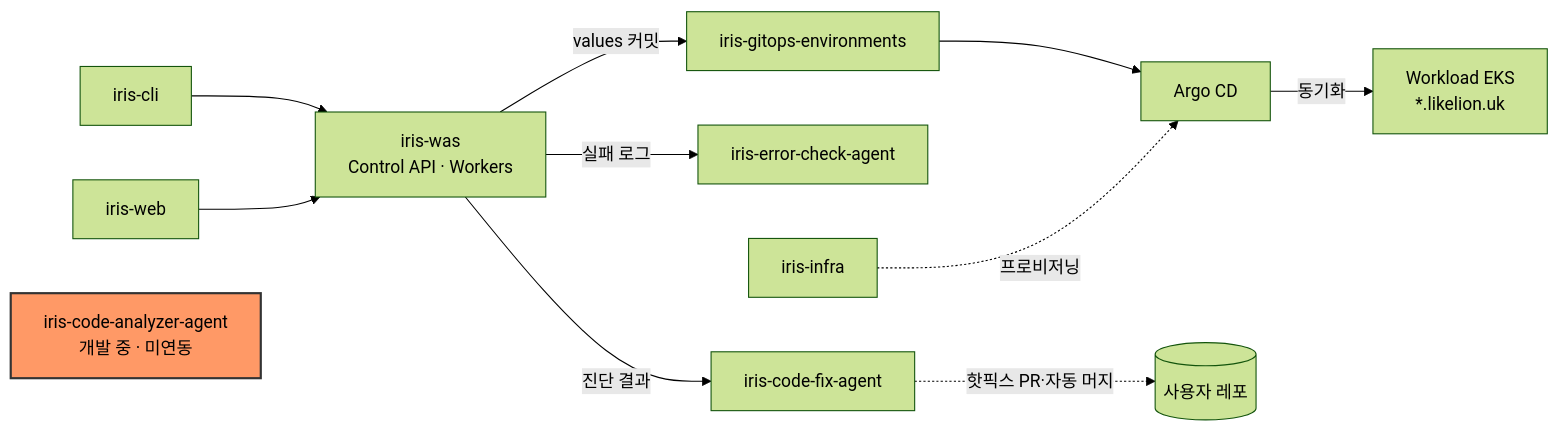
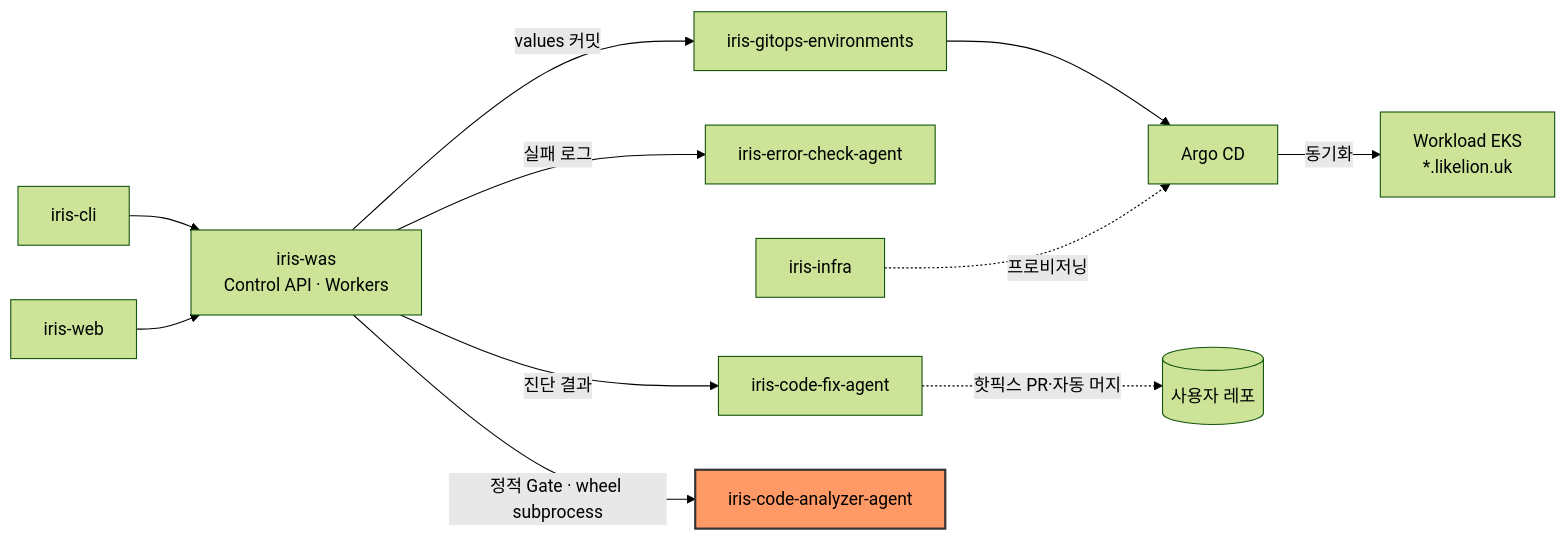
One commit to 2026-softbank-1/iris-code-analyzer-agent changed the first of 2 diagrams in README.md. Above: the diagram before and after it, drawn with Mermaid (forest theme). The commit also changed other lines of this file and 28 other files, not shown here.

````diff
--- a/README.md
+++ b/README.md
@@ -16,13 +15,13 @@
 ```mermaid
 flowchart LR
   CLI[iris-cli] --> WAS
   WEB[iris-web] --> WAS
   WAS[iris-was<br/>Control API · Workers] -->|values 커밋| GITOPS[iris-gitops-environments]
   GITOPS --> ARGO[Argo CD] -->|동기화| WL[Workload EKS<br/>*.likelion.uk]
   WAS -->|실패 로그| ERR[iris-error-check-agent]
   WAS -->|진단 결과| FIX[iris-code-fix-agent]
   FIX -.핫픽스 PR·자동 머지.-> REPO[(사용자 레포)]
   INFRA[iris-infra] -.프로비저닝.-> ARGO
-  ANA[iris-code-analyzer-agent<br/>개발 중 · 미연동]
+  WAS -->|정적 Gate · wheel subprocess| ANA[iris-code-analyzer-agent]
   style ANA fill:#f96,stroke:#333,stroke-width:2px
 ```
````
